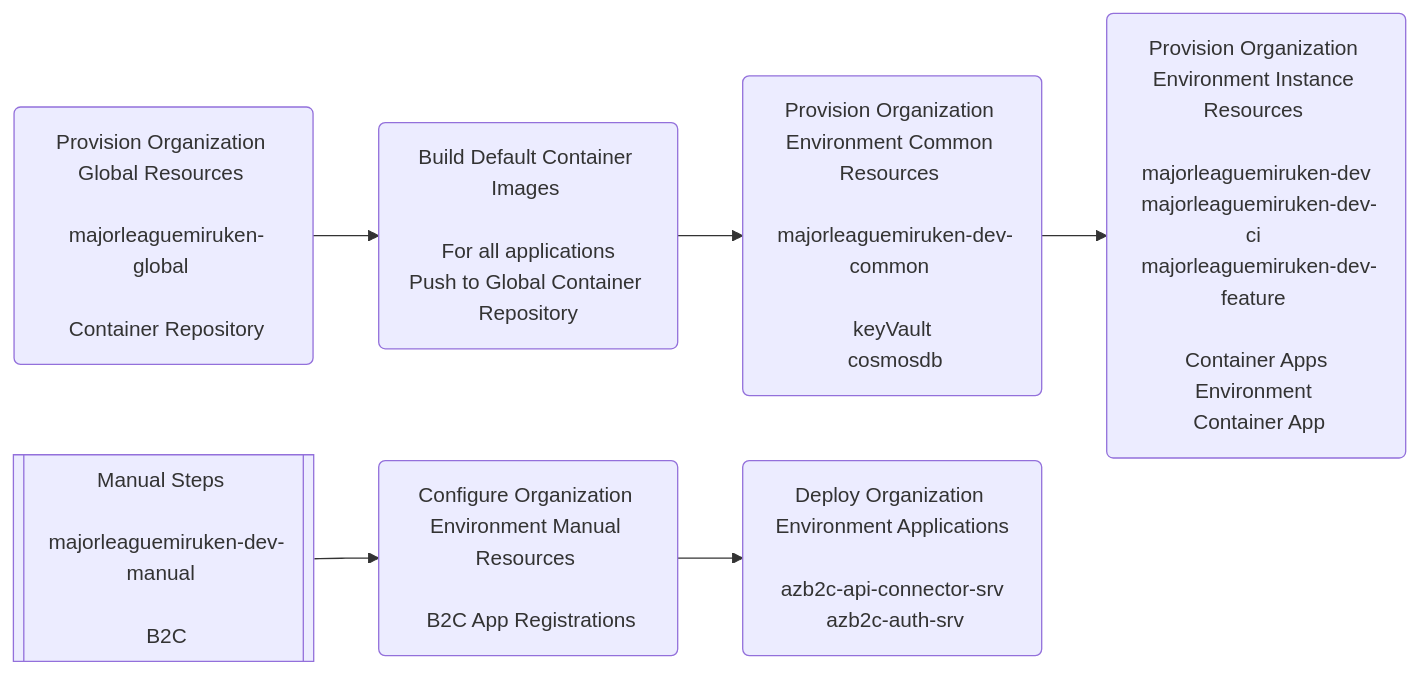
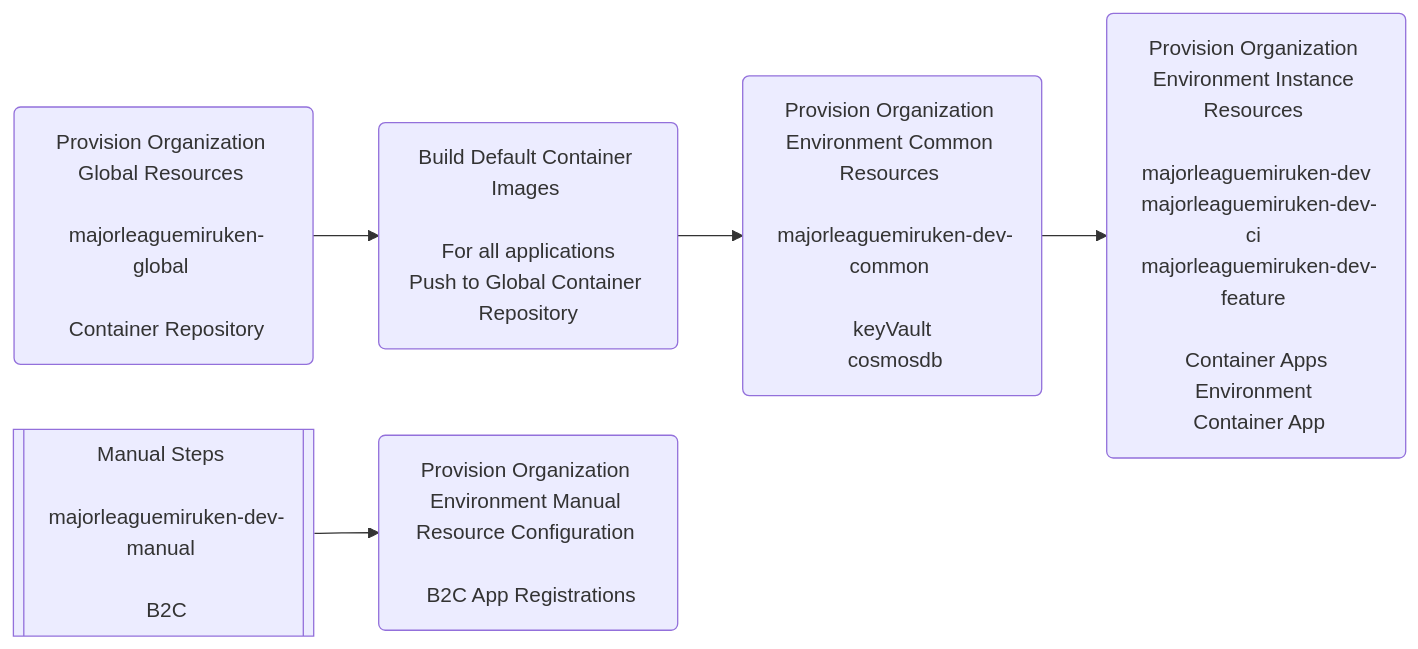
Before and after one commit to Miruken-Go/demo.microservice: the first of 8 diagrams in deployment/design/SystemResourcesDeploymentFlow.md, drawn with Mermaid. The commit also changed 6 other files, not shown here.

````diff
--- a/deployment/design/SystemResourcesDeploymentFlow.md
+++ b/deployment/design/SystemResourcesDeploymentFlow.md
@@ -9,20 +9,18 @@
 ```mermaid
 
 flowchart LR
     A(Provision Organization Global Resources </br></br> majorleaguemiruken-global </br></br> Container Repository)
     
     B(Build Default Container Images </br></br> For all applications </br>Push to Global Container Repository)
 
     C(Provision Organization Environment Common Resources </br></br> majorleaguemiruken-dev-common </br></br> keyVault </br> cosmosdb)
 
     D(Provision Organization Environment Instance Resources </br></br> majorleaguemiruken-dev </br> majorleaguemiruken-dev-ci </br> majorleaguemiruken-dev-feature </br></br> Container Apps Environment </br> Container App )
 
     E[[Manual Steps </br></br> majorleaguemiruken-dev-manual </br></br> B2C]]
 
-    F(Configure Organization Environment Manual Resources </br></br> B2C App Registrations)
-
-    G(Deploy Organization Environment Applications</br></br> azb2c-api-connector-srv </br> azb2c-auth-srv)
+    F(Provision Organization Environment Manual Resource Configuration </br></br> B2C App Registrations)
 
     A --> B --> C --> D
-    E --> F --> G
+    E --> F 
 ```
````
